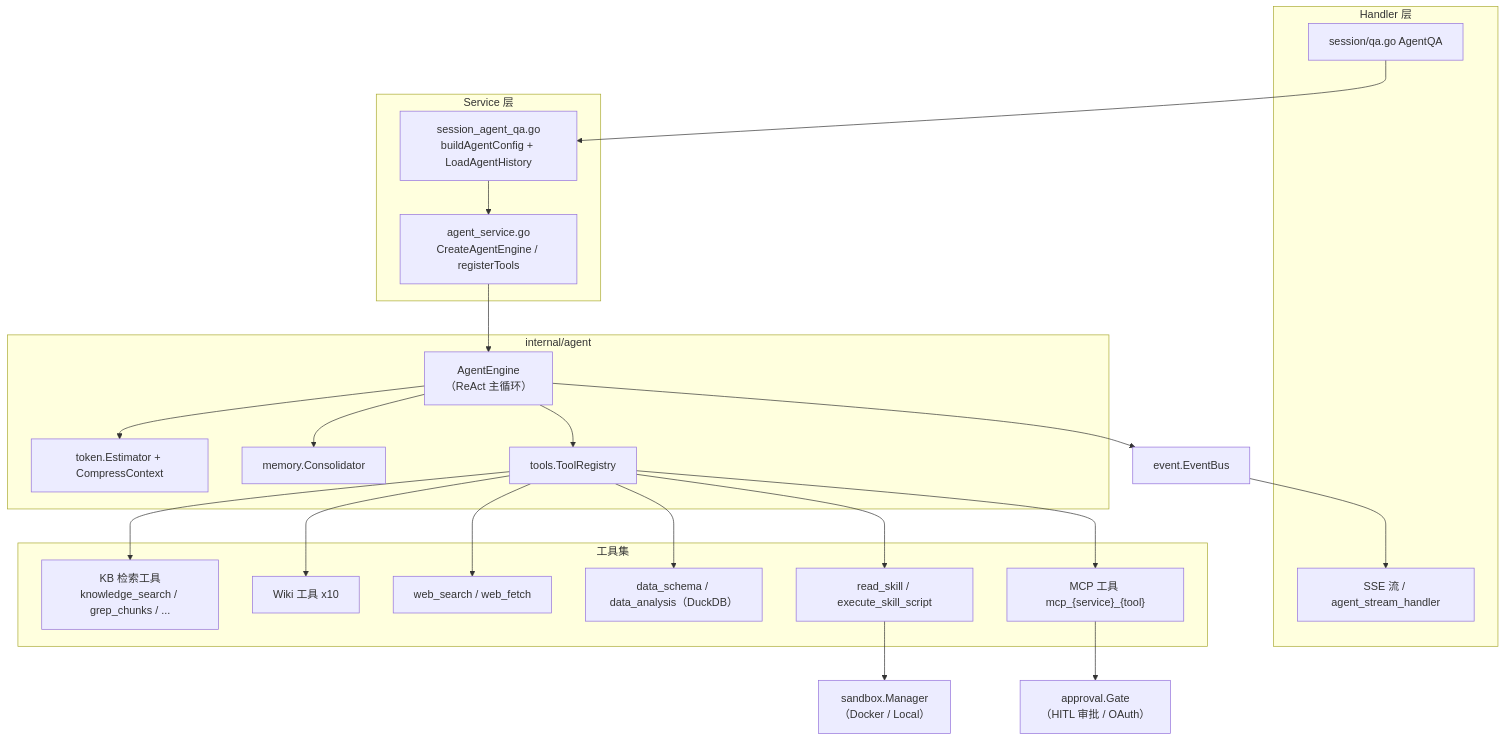
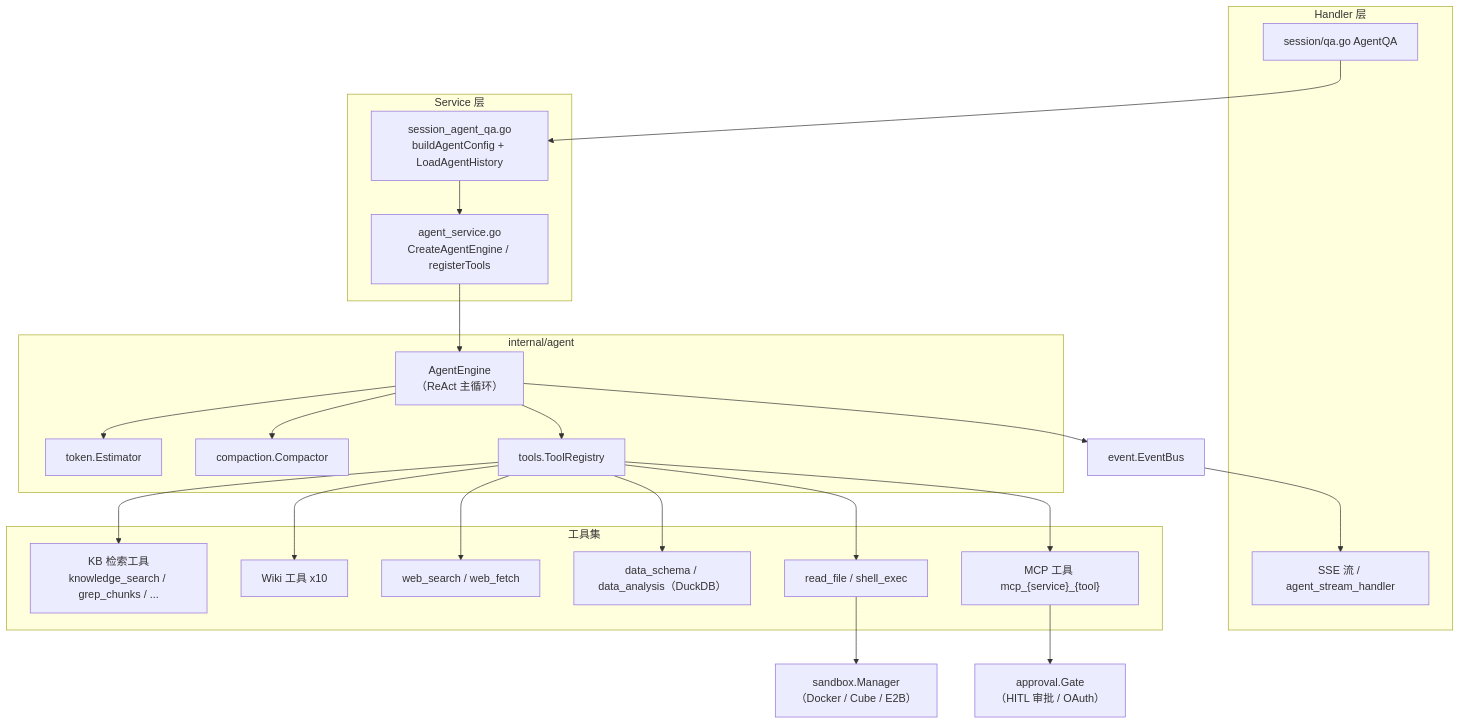
The first of 3 diagrams in apps/docs/03-features/07-agent.md (qinlei131479/WeKnora), drawn with Mermaid before and after one commit. The commit also changed other lines of this file and 66 other files, not shown here.

````diff
--- a/apps/docs/03-features/07-agent.md
+++ b/apps/docs/03-features/07-agent.md
@@ -79,42 +225,42 @@
 ```mermaid
 flowchart TB
     subgraph HandlerLayer["Handler 层"]
         H1["session/qa.go AgentQA"]
         SSE["SSE 流 / agent_stream_handler"]
     end
     subgraph ServiceLayer["Service 层"]
         SQA["session_agent_qa.go<br/>buildAgentConfig + LoadAgentHistory"]
         AS["agent_service.go<br/>CreateAgentEngine / registerTools"]
     end
     subgraph EngineLayer["internal/agent"]
         ENG["AgentEngine<br/>（ReAct 主循环）"]
-        TOK["token.Estimator + CompressContext"]
-        MEM["memory.Consolidator"]
+        TOK["token.Estimator"]
+        MEM["compaction.Compactor"]
         REG["tools.ToolRegistry"]
     end
     subgraph Tools["工具集"]
         KB["KB 检索工具<br/>knowledge_search / grep_chunks / ..."]
         WIKI["Wiki 工具 x10"]
         WEB["web_search / web_fetch"]
         DATA["data_schema / data_analysis（DuckDB）"]
-        SKILL["read_skill / execute_skill_script"]
+        SKILL["read_file / shell_exec"]
         MCP["MCP 工具 mcp_{service}_{tool}"]
     end
     GATE["approval.Gate<br/>（HITL 审批 / OAuth）"]
-    SBX["sandbox.Manager<br/>（Docker / Local）"]
+    SBX["sandbox.Manager<br/>（Docker / Cube / E2B）"]
     EB["event.EventBus"]
 
     H1 --> SQA --> AS --> ENG
     ENG --> TOK
     ENG --> MEM
     ENG --> REG
     REG --> KB
     REG --> WIKI
     REG --> WEB
     REG --> DATA
     REG --> SKILL
     REG --> MCP
     MCP --> GATE
     SKILL --> SBX
     ENG --> EB --> SSE
 ```
````
